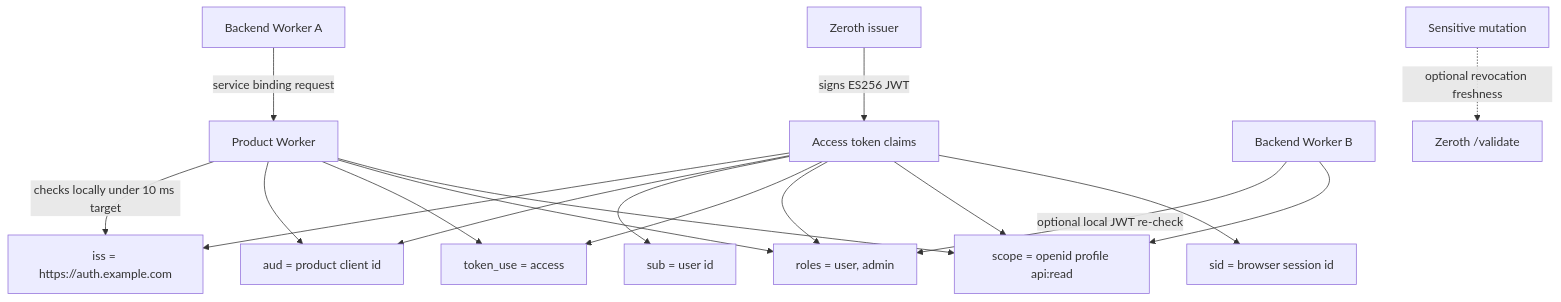
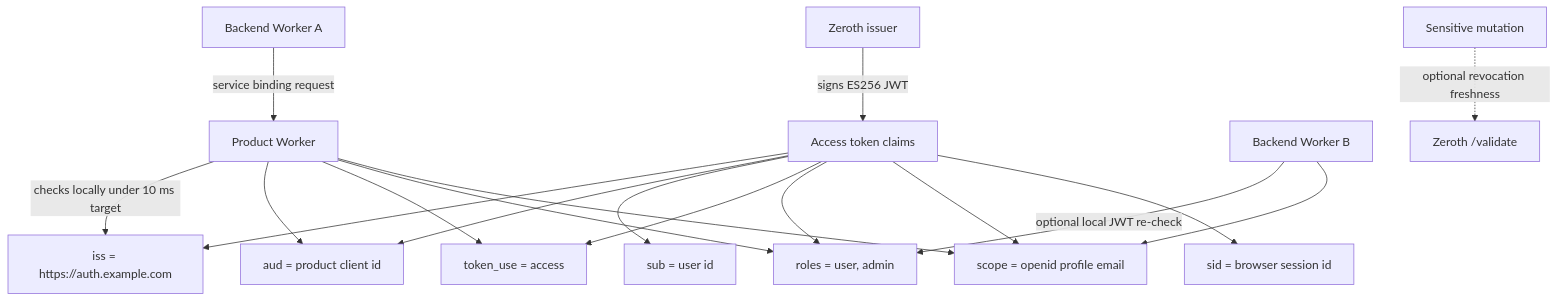
The third of 3 diagrams in docs/path-protection.md (wavey-ai/zeroth), drawn with Mermaid before and after one commit. The commit also changed other lines of this file and 2 other files, not shown here.

````diff
--- a/docs/path-protection.md
+++ b/docs/path-protection.md
@@ -69,23 +81,23 @@
 ```mermaid
 flowchart TB
     Zeroth[Zeroth issuer] -->|signs ES256 JWT| Token["Access token claims"]
     Token --> Iss["iss = https://auth.example.com"]
     Token --> Aud["aud = product client id"]
     Token --> Sub["sub = user id"]
     Token --> Use["token_use = access"]
     Token --> Roles["roles = user, admin"]
-    Token --> Scope["scope = openid profile api:read"]
+    Token --> Scope["scope = openid profile email"]
     Token --> Sid["sid = browser session id"]
 
     Edge[Product Worker] -->|checks locally under 10 ms target| Iss
     Edge --> Aud
     Edge --> Use
     Edge --> Roles
     Edge --> Scope
 
     ServiceA[Backend Worker A] -->|service binding request| Edge
     ServiceB[Backend Worker B] -->|optional local JWT re-check| Roles
     ServiceB --> Scope
 
     Sensitive[Sensitive mutation] -. optional revocation freshness .-> Validate["Zeroth /validate"]
 ```
````
